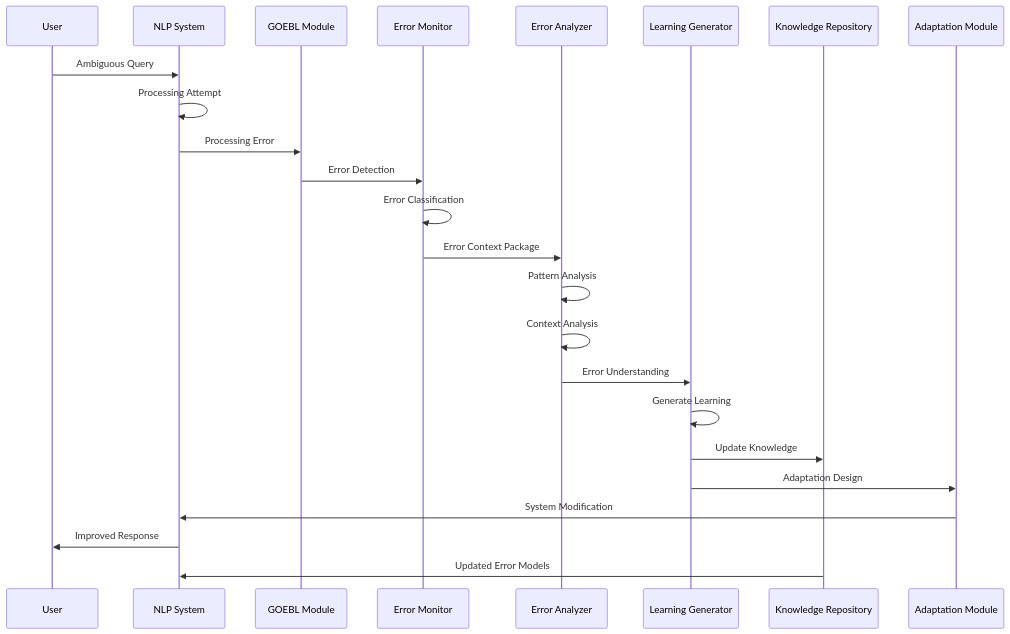
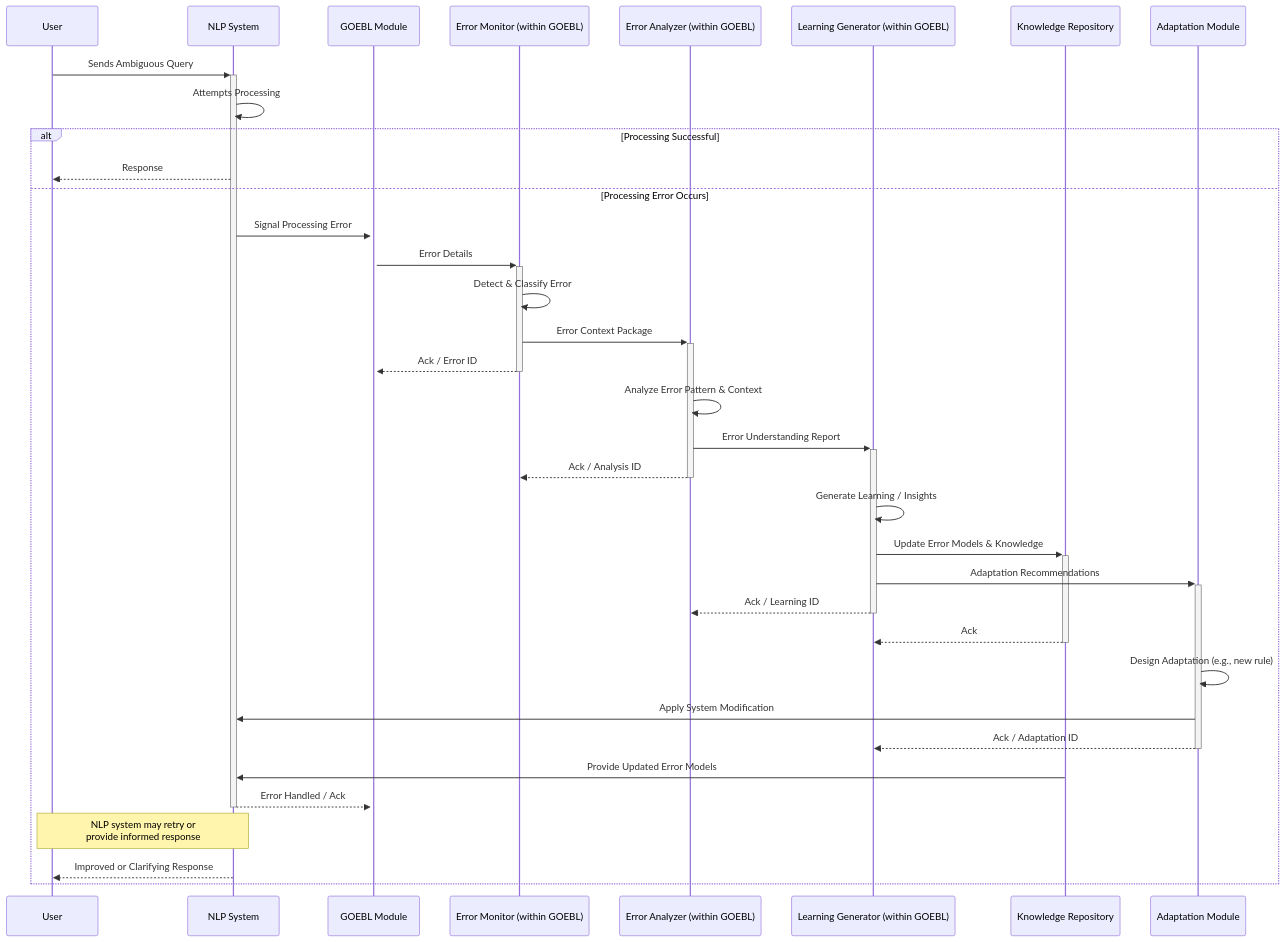
The eighth of 10 diagrams in docs/speculative_design/glitch_ontology_error_learning_cerebrum.md (ActiveInferenceInstitute/CEREBRUM), drawn with Mermaid before and after one commit. The commit also changed other lines of this file and 1 other file, not shown here.

````diff
--- a/docs/speculative_design/glitch_ontology_error_learning_cerebrum.md
+++ b/docs/speculative_design/glitch_ontology_error_learning_cerebrum.md
@@ -481,27 +486,38 @@
 ```mermaid
 sequenceDiagram
-    participant U as User
-    participant NLP as NLP System
-    participant GOEBL as GOEBL Module
-    participant EM as Error Monitor
-    participant EA as Error Analyzer
-    participant LG as Learning Generator
-    participant KR as Knowledge Repository
-    participant AM as Adaptation Module
+    participant User
+    participant NLP_System as NLP System
+    participant GOEBL_Mod as GOEBL Module
+    participant ErrMon as Error Monitor (within GOEBL)
+    participant ErrAna as Error Analyzer (within GOEBL)
+    participant LearnGen as Learning Generator (within GOEBL)
+    participant KnowRepo as Knowledge Repository
+    participant AdaptMod as Adaptation Module
     
-    U->>NLP: Ambiguous Query
-    NLP->>NLP: Processing Attempt
-    NLP->>GOEBL: Processing Error
-    GOEBL->>EM: Error Detection
-    EM->>EM: Error Classification
-    EM->>EA: Error Context Package
-    EA->>EA: Pattern Analysis
-    EA->>EA: Context Analysis
-    EA->>LG: Error Understanding
-    LG->>LG: Generate Learning
-    LG->>KR: Update Knowledge
-    LG->>AM: Adaptation Design
-    AM->>NLP: System Modification
-    NLP->>U: Improved Response
-    KR->>NLP: Updated Error Models
+    User->>+NLP_System: Sends Ambiguous Query
+    NLP_System->>NLP_System: Attempts Processing
+    alt Processing Successful
+        NLP_System-->>User: Response
+    else Processing Error Occurs
+        NLP_System->>+GOEBL_Mod: Signal Processing Error
+        GOEBL_Mod->>+ErrMon: Error Details
+        ErrMon->>ErrMon: Detect & Classify Error
+        ErrMon->>+ErrAna: Error Context Package
+        ErrMon-->>-GOEBL_Mod: Ack / Error ID
+        ErrAna->>ErrAna: Analyze Error Pattern & Context
+        ErrAna->>+LearnGen: Error Understanding Report
+        ErrAna-->>-ErrMon: Ack / Analysis ID
+        LearnGen->>LearnGen: Generate Learning / Insights
+        LearnGen->>+KnowRepo: Update Error Models & Knowledge
+        LearnGen->>+AdaptMod: Adaptation Recommendations
+        LearnGen-->>-ErrAna: Ack / Learning ID
+        KnowRepo-->>-LearnGen: Ack
+        AdaptMod->>AdaptMod: Design Adaptation (e.g., new rule)
+        AdaptMod->>NLP_System: Apply System Modification
+        AdaptMod-->>-LearnGen: Ack / Adaptation ID
+        KnowRepo->>NLP_System: Provide Updated Error Models
+        NLP_System-->>-GOEBL_Mod: Error Handled / Ack
+        Note over NLP_System, User: NLP system may retry or<br/>provide informed response
+        NLP_System-->>User: Improved or Clarifying Response
+    end
 ```
````
